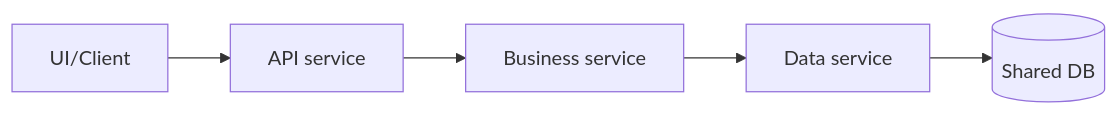
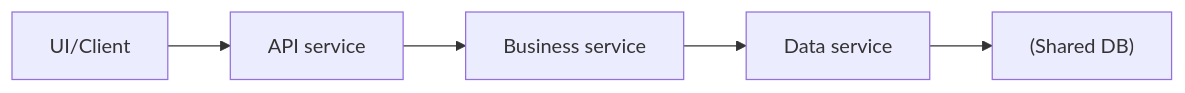
The third of 3 diagrams in directions/architecture/pact/09_backend_mikroservisy/02_9_2_granitsy_po_domenu_po_komande_po_dannym.md (DDoSKudya/ai-study-atlas), drawn with Mermaid before and after one commit. The commit also changed other lines of this file and 322 other files, not shown here.

Commit message:
fix(docs): make mermaid diagrams GitHub-compatible across directions content

````diff
--- a/directions/architecture/pact/09_backend_mikroservisy/02_9_2_granitsy_po_domenu_po_komande_po_dannym.md
+++ b/directions/architecture/pact/09_backend_mikroservisy/02_9_2_granitsy_po_domenu_po_komande_po_dannym.md
@@ -304,7 +304,7 @@
 ```mermaid
 graph LR
-  UI[UI/Client] --> APISvc[API service]
-  APISvc --> BizSvc[Business service]
-  BizSvc --> DataSvc[Data service]
-  DataSvc --> DB[(Shared DB)]
+  UI["UI/Client"] --> APISvc["API service"]
+  APISvc --> BizSvc["Business service"]
+  BizSvc --> DataSvc["Data service"]
+  DataSvc --> DB["(Shared DB)"]
 ```
````
